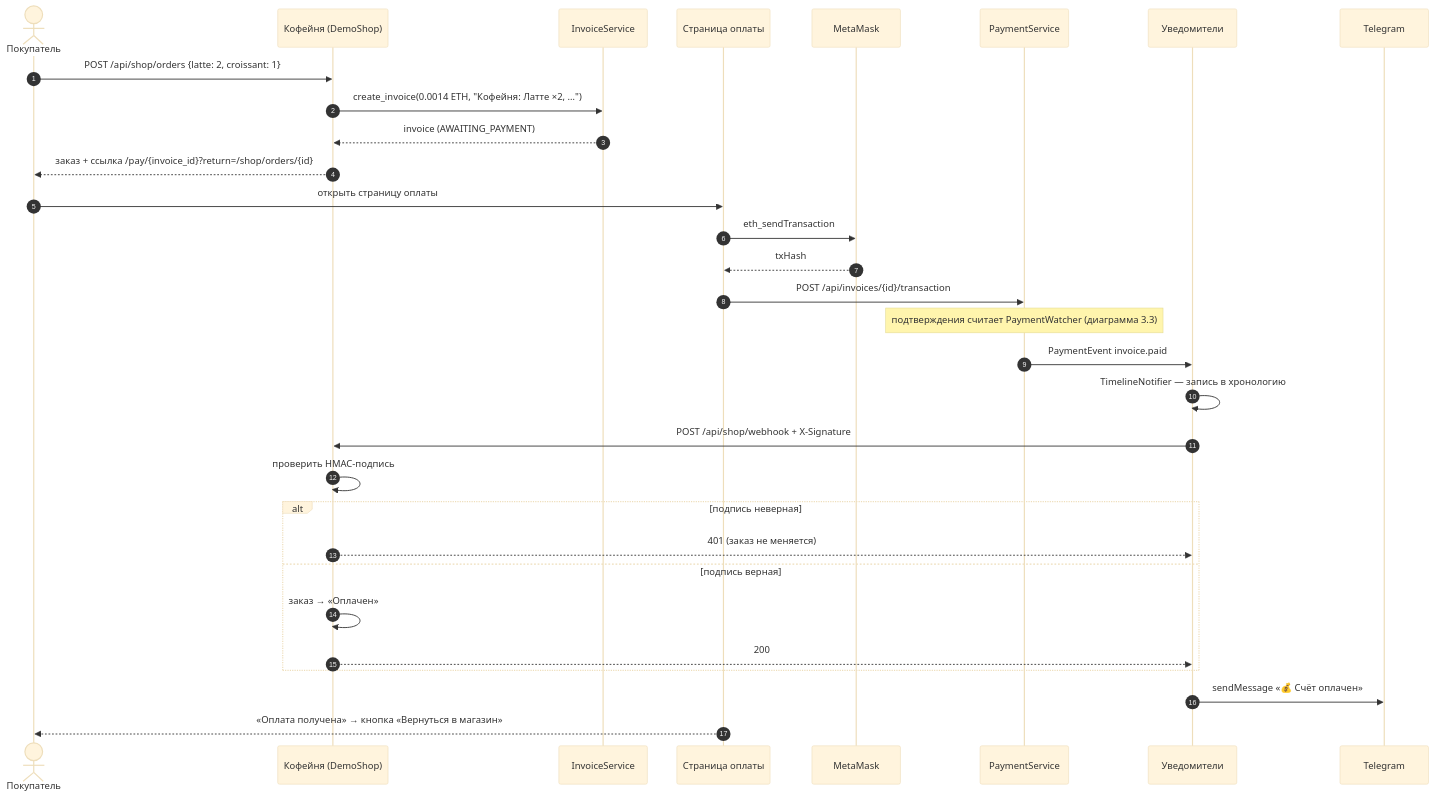
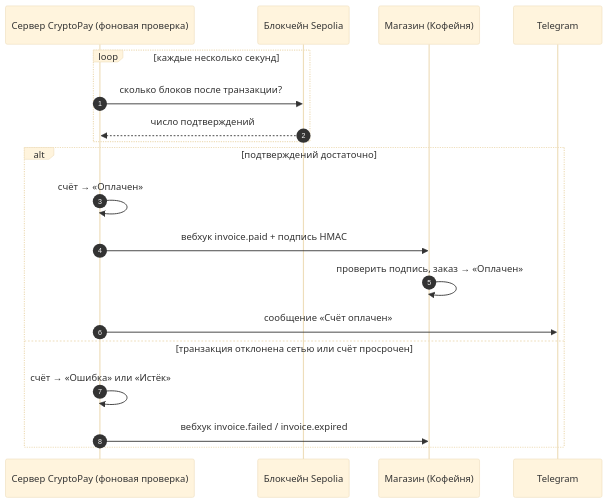
The third of 3 diagrams in docs/03-sequence.md (AslanTabaldiev/Cryptopay), drawn with Mermaid (base theme) before and after one commit. The commit also changed other lines of this file and 1 other file, not shown here.

Commit message:
Упрощённые диаграммы последовательности

````diff
--- a/docs/03-sequence.md
+++ b/docs/03-sequence.md
@@ -126,34 +51,22 @@
 ```mermaid
 sequenceDiagram
     autonumber
-    actor C as Покупатель
-    participant Shop as Кофейня (DemoShop)
-    participant IS as InvoiceService
-    participant Pay as Страница оплаты
-    participant W as MetaMask
-    participant PS as PaymentService
-    participant N as Уведомители
+    participant S as Сервер CryptoPay (фоновая проверка)
+    participant Chain as Блокчейн Sepolia
+    participant Shop as Магазин (Кофейня)
     participant TG as Telegram
 
-    C->>Shop: POST /api/shop/orders {latte: 2, croissant: 1}
-    Shop->>IS: create_invoice(0.0014 ETH, "Кофейня: Латте ×2, …")
-    IS-->>Shop: invoice (AWAITING_PAYMENT)
-    Shop-->>C: заказ + ссылка /pay/{invoice_id}?return=/shop/orders/{id}
-    C->>Pay: открыть страницу оплаты
-    Pay->>W: eth_sendTransaction
-    W-->>Pay: txHash
-    Pay->>PS: POST /api/invoices/{id}/transaction
-    Note over PS: подтверждения считает PaymentWatcher (диаграмма 3.3)
-    PS->>N: PaymentEvent invoice.paid
-    N->>N: TimelineNotifier — запись в хронологию
-    N->>Shop: POST /api/shop/webhook + X-Signature
-    Shop->>Shop: проверить HMAC-подпись
-    alt подпись неверная
-        Shop-->>N: 401 (заказ не меняется)
-    else подпись верная
-        Shop->>Shop: заказ → «Оплачен»
-        Shop-->>N: 200
+    loop каждые несколько секунд
+        S->>Chain: сколько блоков после транзакции?
+        Chain-->>S: число подтверждений
     end
-    N->>TG: sendMessage «💰 Счёт оплачен»
-    Pay-->>C: «Оплата получена» → кнопка «Вернуться в магазин»
+    alt подтверждений достаточно
+        S->>S: счёт → «Оплачен»
+        S->>Shop: вебхук invoice.paid + подпись HMAC
+        Shop->>Shop: проверить подпись, заказ → «Оплачен»
+        S->>TG: сообщение «Счёт оплачен»
+    else транзакция отклонена сетью или счёт просрочен
+        S->>S: счёт → «Ошибка» или «Истёк»
+        S->>Shop: вебхук invoice.failed / invoice.expired
+    end
 ```
````
